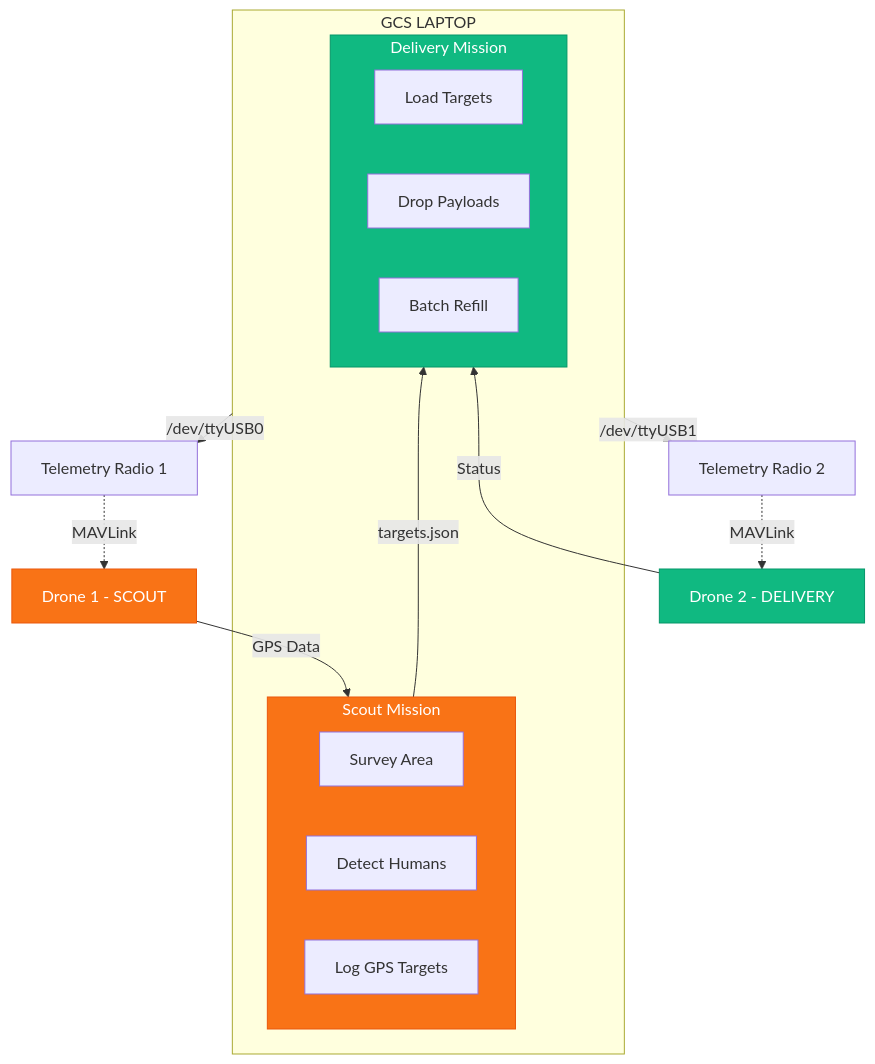
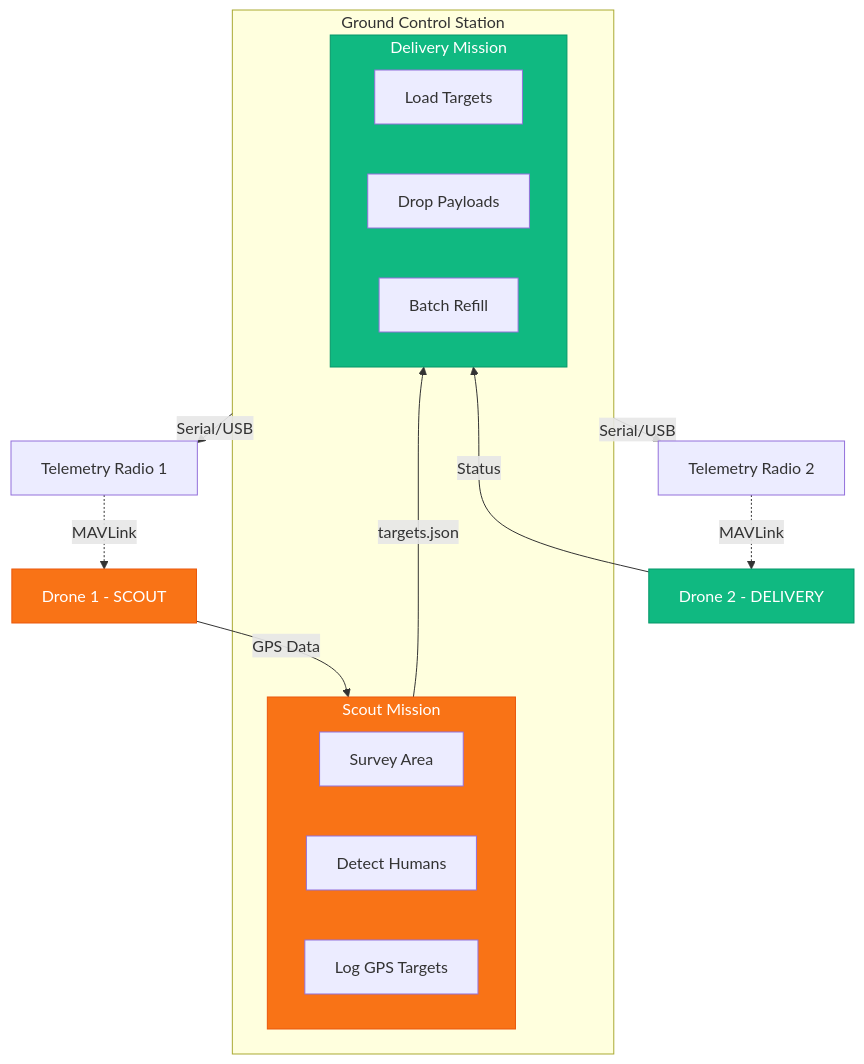
The diagram in README.md (Dijo-404/ELKa-2026-Final-Mission-), drawn with Mermaid before and after one commit. The commit also changed other lines of this file, not shown here.

````diff
--- a/README.md
+++ b/README.md
@@ -12,32 +12,32 @@
 ```mermaid
 flowchart TB
-    subgraph GCS["GCS LAPTOP"]
+    subgraph GCS["Ground Control Station"]
         subgraph Scout["Scout Mission"]
             S1["Survey Area"]
             S2["Detect Humans"]
             S3["Log GPS Targets"]
         end
         
         subgraph Delivery["Delivery Mission"]
             D1["Load Targets"]
             D2["Drop Payloads"]
             D3["Batch Refill"]
         end
         
         Scout -->|targets.json| Delivery
     end
     
-    GCS -->|/dev/ttyUSB0| Radio1["Telemetry Radio 1"]
-    GCS -->|/dev/ttyUSB1| Radio2["Telemetry Radio 2"]
+    GCS -->|Serial/USB| Radio1["Telemetry Radio 1"]
+    GCS -->|Serial/USB| Radio2["Telemetry Radio 2"]
     
     Radio1 -.->|MAVLink| Drone1["Drone 1 - SCOUT"]
     Radio2 -.->|MAVLink| Drone2["Drone 2 - DELIVERY"]
     
     Drone1 -->|GPS Data| Scout
     Drone2 -->|Status| Delivery
 
     style Scout fill:#f97316,stroke:#ea580c,color:#fff
     style Delivery fill:#10b981,stroke:#059669,color:#fff
     style Drone1 fill:#f97316,stroke:#ea580c,color:#fff
     style Drone2 fill:#10b981,stroke:#059669,color:#fff
 ```
````
